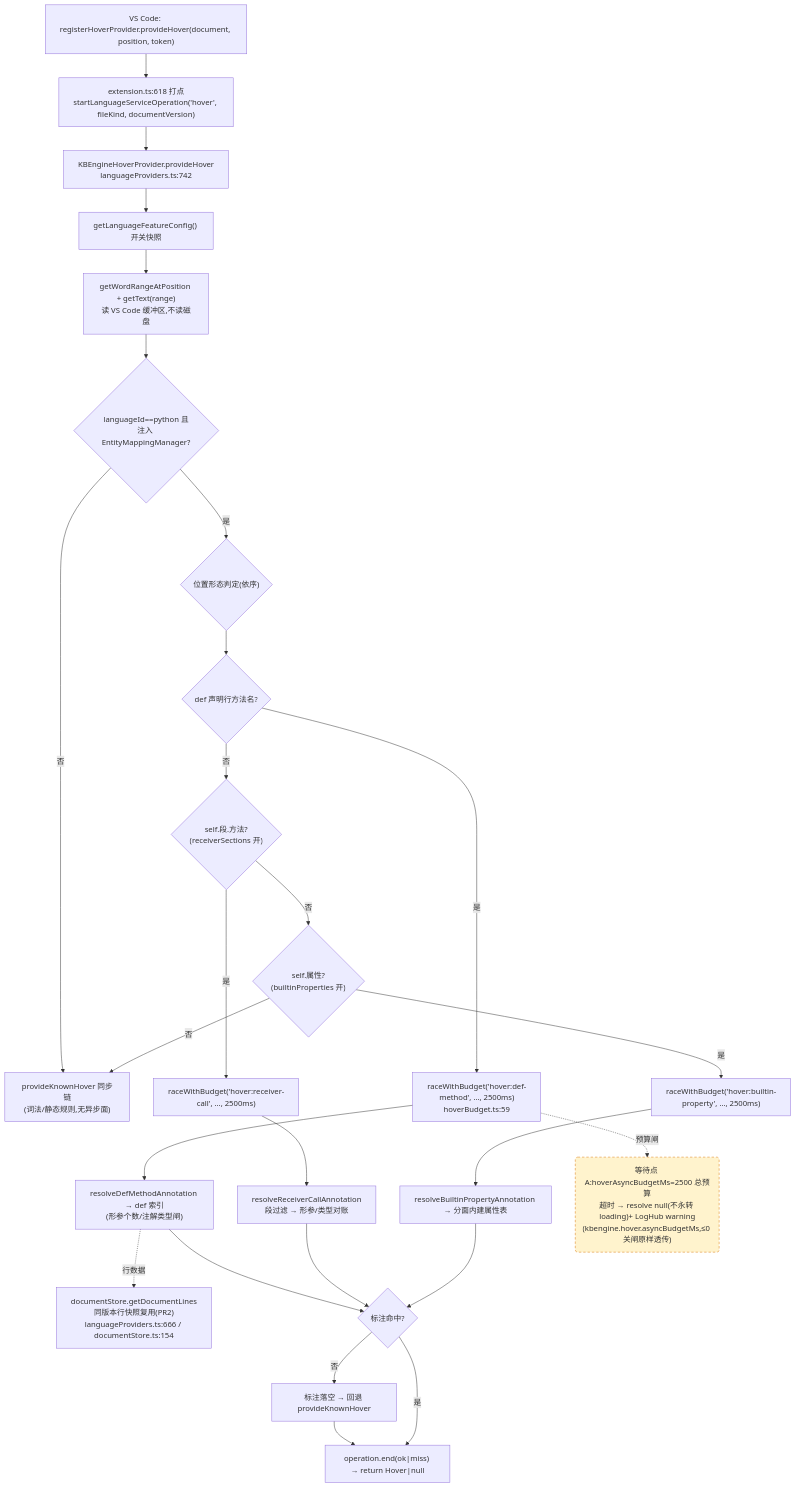
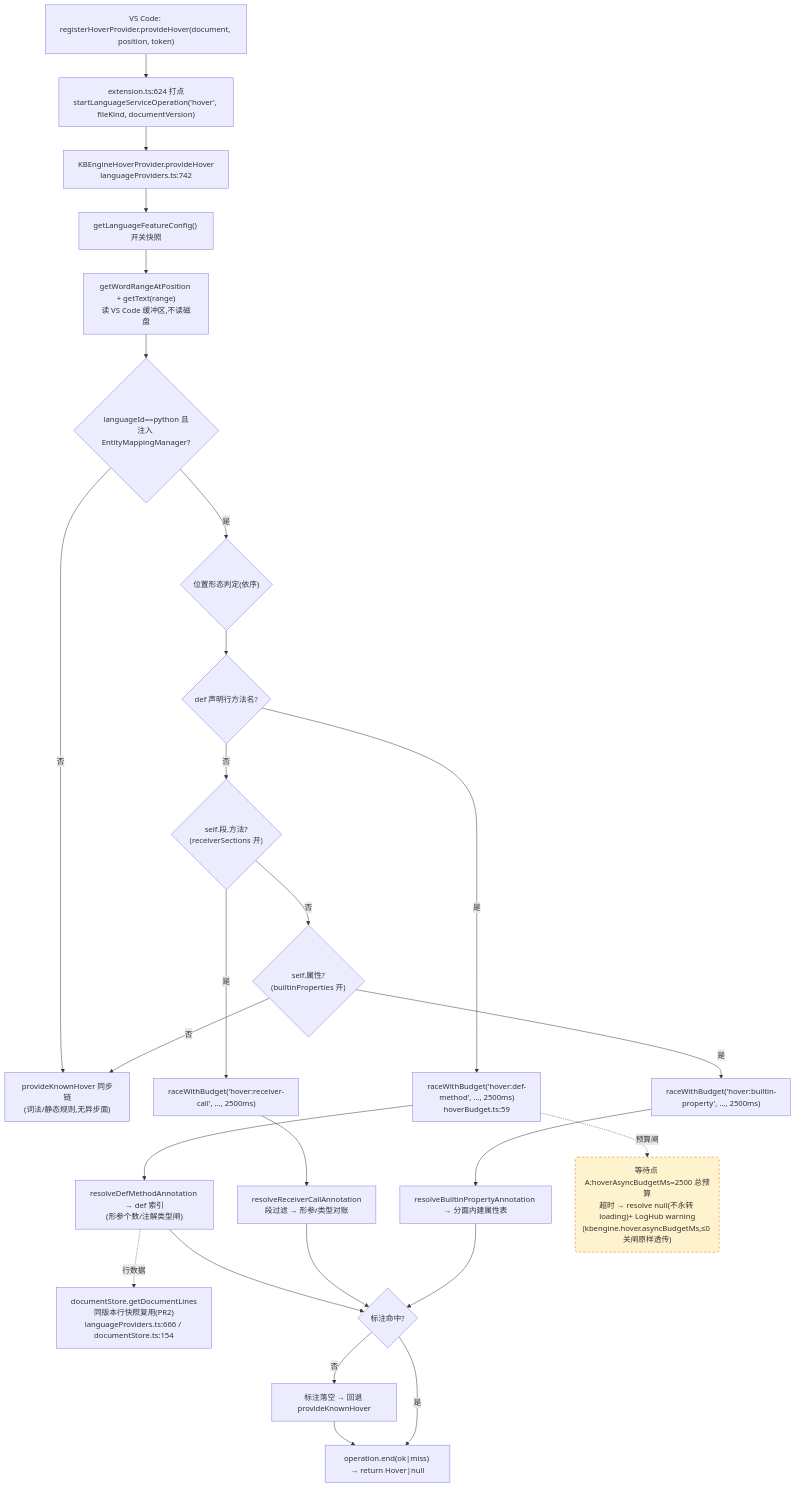
The first of 4 diagrams in docs/perf/2026-baseline.md (cuihairu/kode), drawn with Mermaid before and after one commit. The commit also changed other lines of this file and 9 other files, not shown here.

````diff
--- a/docs/perf/2026-baseline.md
+++ b/docs/perf/2026-baseline.md
@@ -82,45 +82,45 @@
 ```mermaid
 flowchart TD
   VC1["VS Code: registerHoverProvider.provideHover(document, position, token)"]
-  M1["extension.ts:618 打点<br/>startLanguageServiceOperation('hover', fileKind, documentVersion)"]
+  M1["extension.ts:624 打点<br/>startLanguageServiceOperation('hover', fileKind, documentVersion)"]
   HP["KBEngineHoverProvider.provideHover<br/>languageProviders.ts:742"]
   CFG["getLanguageFeatureConfig() 开关快照"]
   WORD["getWordRangeAtPosition + getText(range)<br/>读 VS Code 缓冲区,不读磁盘"]
   BR{"languageId==python 且<br/>注入 EntityMappingManager?"}
   KN["provideKnownHover 同步链<br/>(词法/静态规则,无异步面)"]
   POS{"位置形态判定(依序)"}
   D1{"def 声明行方法名?"}
   D2{"self.段.方法?<br/>(receiverSections 开)"}
   D3{"self.属性?<br/>(builtinProperties 开)"}
   RA1["raceWithBudget('hover:def-method', …, 2500ms)<br/>hoverBudget.ts:59"]
   RA2["raceWithBudget('hover:receiver-call', …, 2500ms)"]
   RA3["raceWithBudget('hover:builtin-property', …, 2500ms)"]
   RS1["resolveDefMethodAnnotation → def 索引<br/>(形参个数/注解类型闸)"]
   RS2["resolveReceiverCallAnnotation<br/>段过滤 → 形参/类型对账"]
   RS3["resolveBuiltinPropertyAnnotation → 分面内建属性表"]
   LINES["documentStore.getDocumentLines<br/>同版本行快照复用(PR2)<br/>languageProviders.ts:666 / documentStore.ts:154"]
   MISS["标注落空 → 回退 provideKnownHover"]
   END1["operation.end(ok|miss) → return Hover|null"]
 
   VC1 --> M1 --> HP --> CFG --> WORD --> BR
   BR -- "否" --> KN
   BR -- "是" --> POS --> D1
   D1 -- "是" --> RA1 --> RS1
   D1 -- "否" --> D2
   D2 -- "是" --> RA2 --> RS2
   D2 -- "否" --> D3
   D3 -- "是" --> RA3 --> RS3
   D3 -- "否" --> KN
   RS1 --> HIT{"标注命中?"}
   RS2 --> HIT
   RS3 --> HIT
   RS1 -.->|行数据| LINES
   HIT -- "否" --> MISS --> END1
   HIT -- "是" --> END1
 
   WAITA("等待点 A:hoverAsyncBudgetMs=2500 总预算<br/>超时 → resolve null(不永转 loading)+ LogHub warning<br/>(kbengine.hover.asyncBudgetMs,≤0 关闸原样透传)")
   RA1 -.->|预算闸| WAITA
 
   classDef waitPoint fill:#fff3cd,stroke:#d97706,stroke-dasharray:5 4;
   class WAITA waitPoint;
 ```
````
